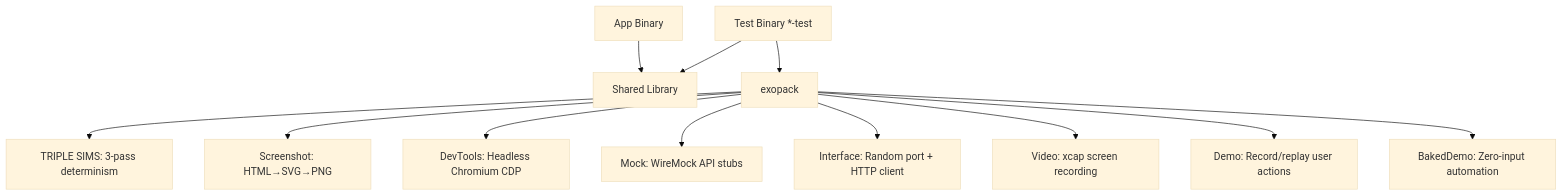
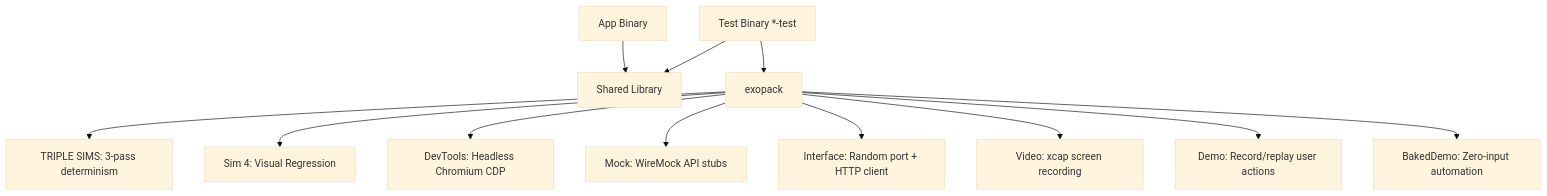
The diagram in PROOF_OF_ARTIFACTS.md (cochranblock/exopack), drawn with Mermaid (base theme) before and after one commit. The commit also changed other lines of this file and 2 other files, not shown here.

First line of the commit message:
feat: Sim 4 visual regression orchestrator — capture, baseline, diff, report

````diff
--- a/PROOF_OF_ARTIFACTS.md
+++ b/PROOF_OF_ARTIFACTS.md
@@ -11,14 +11,14 @@
 ```mermaid
 flowchart TD
     App[App Binary] --> Core[Shared Library]
     Test[Test Binary *-test] --> Core
     Test --> Exopack[exopack]
     Exopack --> TripleSIMS[TRIPLE SIMS: 3-pass determinism]
-    Exopack --> Screenshot[Screenshot: HTML→SVG→PNG]
+    Exopack --> Screenshot[Sim 4: Visual Regression]
     Exopack --> DevTools[DevTools: Headless Chromium CDP]
     Exopack --> Mock[Mock: WireMock API stubs]
     Exopack --> Interface[Interface: Random port + HTTP client]
     Exopack --> Video[Video: xcap screen recording]
     Exopack --> Demo[Demo: Record/replay user actions]
     Exopack --> BakedDemo[BakedDemo: Zero-input automation]
 ```
````
